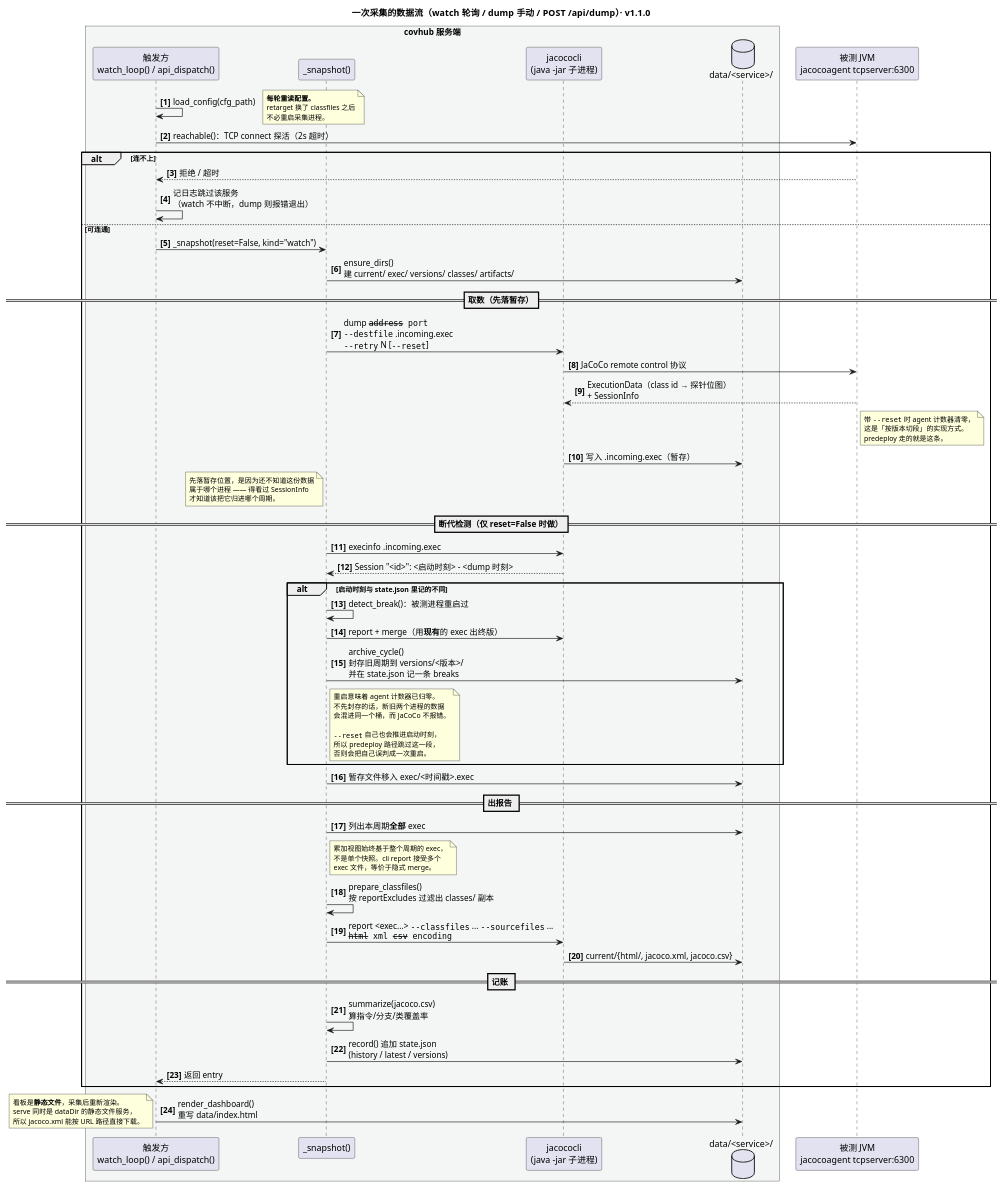
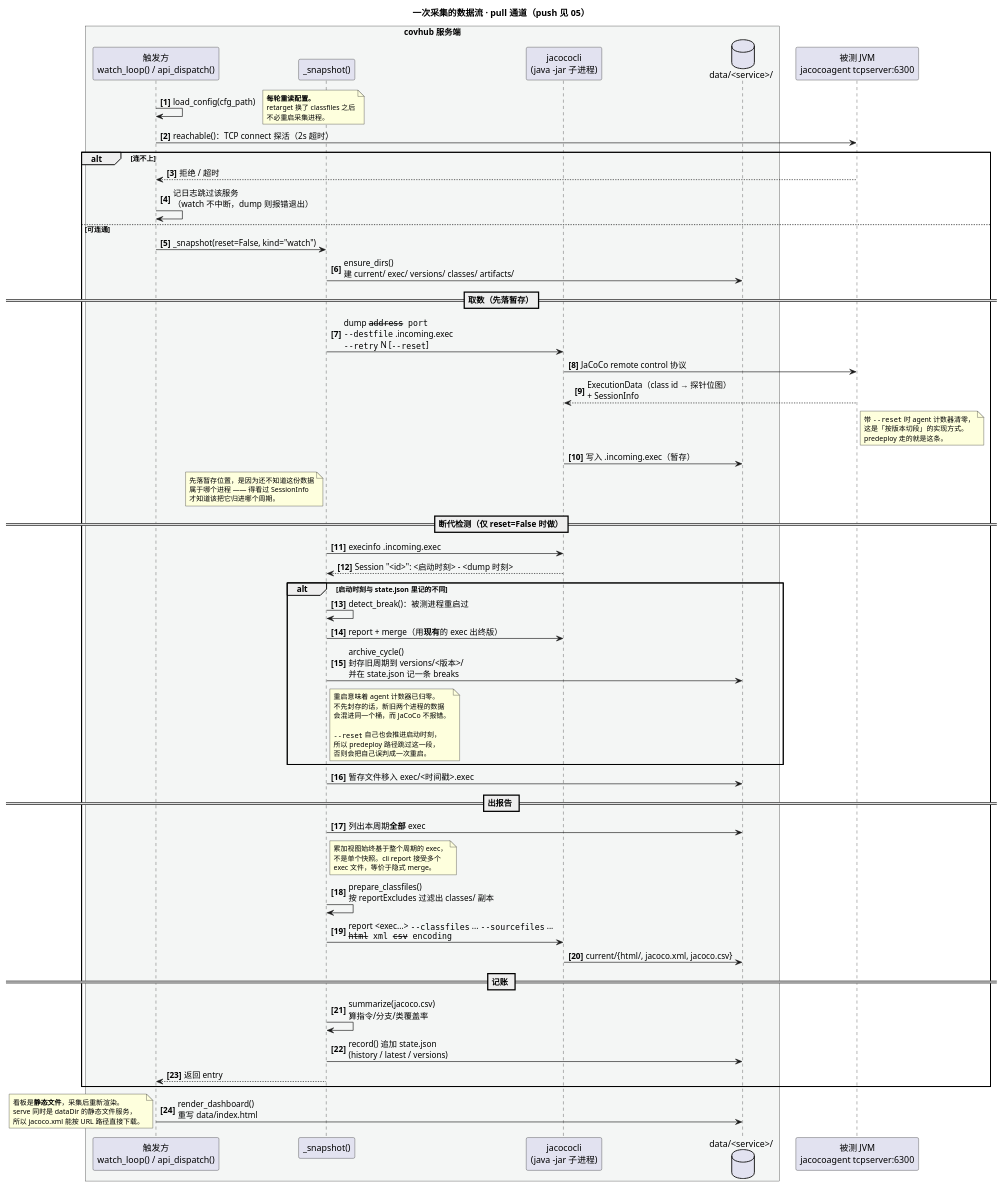
One commit to SoperRookie/coverage-hub changed the diagram in docs/diagrams/02-collect.puml. Above: the diagram before and after it, drawn with PlantUML. The commit also changed 6 other files, not shown here.

First line of the commit message:
v1.2.2：结算前做数据体检，补 push 的接入文档与时序图

```diff
--- a/docs/diagrams/02-collect.puml
+++ b/docs/diagrams/02-collect.puml
@@ -1,97 +1,97 @@
 @startuml 02-collect
 ' coverage-hub v1.0.0 —— 一次采集的数据流
 ' 对应代码：watch_loop() / cmd_dump() -> _snapshot() -> do_dump() + make_report()
 ' watch 与 dump 走的是同一条路径，区别只有 kind 标记和触发方式。
 
-title 一次采集的数据流（watch 轮询 / dump 手动 / POST /api/dump）· v1.1.0
+title 一次采集的数据流 · pull 通道（push 见 05）
 
 skinparam shadowing false
 skinparam ParticipantPadding 8
 skinparam BoxPadding 12
 skinparam NoteFontSize 11
 autonumber "<b>[0]"
 
 box "covhub 服务端" #F4F6F5
   participant "触发方\nwatch_loop() / api_dispatch()" as T
   participant "_snapshot()" as S
   participant "jacococli\n(java -jar 子进程)" as CLI
   database "data/<service>/" as D
 end box
 
 participant "被测 JVM\njacocoagent tcpserver:6300" as A
 
 T -> T : load_config(cfg_path)
 note right
   **每轮重读配置。**
   retarget 换了 classfiles 之后
   不必重启采集进程。
 end note
 
 T -> A : reachable()：TCP connect 探活（2s 超时）
 alt 连不上
   A --> T : 拒绝 / 超时
   T -> T : 记日志跳过该服务\n（watch 不中断，dump 则报错退出）
 else 可连通
   T -> S : _snapshot(reset=False, kind="watch")
   S -> D : ensure_dirs()\n建 current/ exec/ versions/ classes/ artifacts/
 
   == 取数（先落暂存）==
   S -> CLI : dump ""--address --port""\n""--destfile"" .incoming.exec\n""--retry"" N [""--reset""]
   CLI -> A : JaCoCo remote control 协议
   A --> CLI : ExecutionData（class id → 探针位图）\n+ SessionInfo
   note right of A
     带 ""--reset"" 时 agent 计数器清零，
     这是「按版本切段」的实现方式。
     predeploy 走的就是这条。
   end note
   CLI -> D : 写入 .incoming.exec（暂存）
   note left of S
     先落暂存位置，是因为还不知道这份数据
     属于哪个进程 —— 得看过 SessionInfo
     才知道该把它归进哪个周期。
   end note
 
   == 断代检测（仅 reset=False 时做）==
   S -> CLI : execinfo .incoming.exec
   CLI --> S : Session "<id>": <启动时刻> - <dump 时刻>
   alt 启动时刻与 state.json 里记的不同
     S -> S : detect_break()：被测进程重启过
     S -> CLI : report + merge（用**现有**的 exec 出终版）
     S -> D : archive_cycle()\n封存旧周期到 versions/<版本>/\n并在 state.json 记一条 breaks
     note right of S
       重启意味着 agent 计数器已归零。
       不先封存的话，新旧两个进程的数据
       会混进同一个桶，而 JaCoCo 不报错。
 
       ""--reset"" 自己也会推进启动时刻，
       所以 predeploy 路径跳过这一段，
       否则会把自己误判成一次重启。
     end note
   end
   S -> D : 暂存文件移入 exec/<时间戳>.exec
 
   == 出报告 ==
   S -> D : 列出本周期**全部** exec
   note right of S
     累加视图始终基于整个周期的 exec，
     不是单个快照。cli report 接受多个
     exec 文件，等价于隐式 merge。
   end note
   S -> S : prepare_classfiles()\n按 reportExcludes 过滤出 classes/ 副本
   S -> CLI : report <exec...> ""--classfiles"" ... ""--sourcefiles"" ...\n""--html --xml --csv --encoding""
   CLI -> D : current/{html/, jacoco.xml, jacoco.csv}
 
   == 记账 ==
   S -> S : summarize(jacoco.csv)\n算指令/分支/类覆盖率
   S -> D : record() 追加 state.json\n(history / latest / versions)
   S --> T : 返回 entry
 end
 
 T -> D : render_dashboard()\n重写 data/index.html
 note left
   看板是**静态文件**，采集后重新渲染。
   serve 同时是 dataDir 的静态文件服务，
   所以 jacoco.xml 能按 URL 路径直接下载。
 end note
 
 @enduml
```
